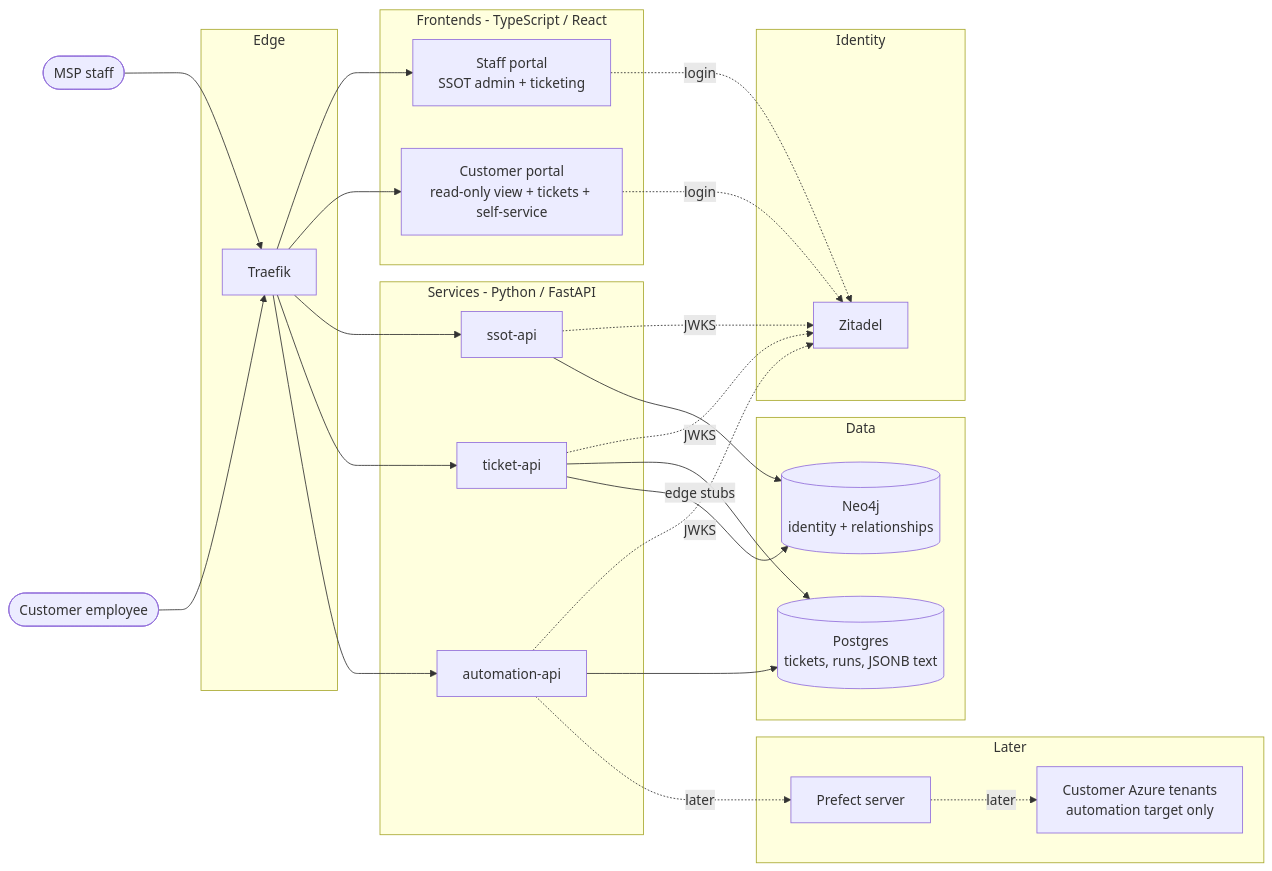
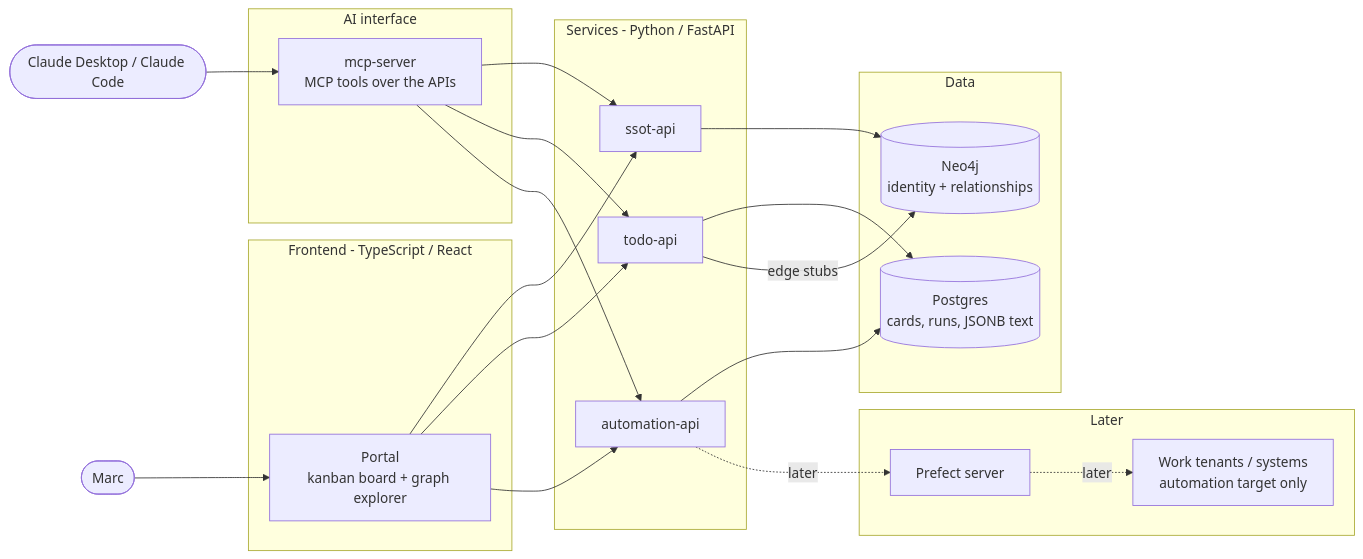
One commit to MarcHoog/Yani changed the first of 3 diagrams in docs/architecture.md. Above: the diagram before and after it, drawn with Mermaid. The commit also changed other lines of this file and 4 other files, not shown here.

First line of the commit message:
docs: repivot yani to personal automation / todo kanban worker

````diff
--- a/docs/architecture.md
+++ b/docs/architecture.md
@@ -10,55 +21,46 @@
 ```mermaid
 flowchart LR
-    staff([MSP staff])
-    customer([Customer employee])
+    marc([Marc])
+    claude([Claude Desktop / Claude Code])
 
-    subgraph edge [Edge]
-        traefik[Traefik]
+    subgraph ui [Frontend - TypeScript / React]
+        portal[Portal<br/>kanban board + graph explorer]
     end
 
-    subgraph identity [Identity]
-        zitadel[Zitadel]
-    end
-
-    subgraph ui [Frontends - TypeScript / React]
-        staffPortal[Staff portal<br/>SSOT admin + ticketing]
-        customerPortal[Customer portal<br/>read-only view + tickets + self-service]
+    subgraph ai [AI interface]
+        mcp[mcp-server<br/>MCP tools over the APIs]
     end
 
     subgraph api [Services - Python / FastAPI]
         ssotApi[ssot-api]
-        ticketApi[ticket-api]
+        todoApi[todo-api]
         automationApi[automation-api]
     end
 
     subgraph data [Data]
         neo4j[(Neo4j<br/>identity + relationships)]
-        postgres[(Postgres<br/>tickets, runs, JSONB text)]
+        postgres[(Postgres<br/>cards, runs, JSONB text)]
     end
 
     subgraph later [Later]
         prefect[Prefect server]
-        azure[Customer Azure tenants<br/>automation target only]
+        azure[Work tenants / systems<br/>automation target only]
     end
 
-    staff --> traefik
-    customer --> traefik
-    traefik --> staffPortal
-    traefik --> customerPortal
-    traefik --> ssotApi
-    traefik --> ticketApi
-    traefik --> automationApi
+    marc --> portal
+    claude --> mcp
+    mcp --> ssotApi
+    mcp --> todoApi
+    mcp --> automationApi
 
-    staffPortal -. login .-> zitadel
-    customerPortal -. login .-> zitadel
-    ssotApi -. JWKS .-> zitadel
-    ticketApi -. JWKS .-> zitadel
-    automationApi -. JWKS .-> zitadel
+    portal --> ssotApi
+    portal --> todoApi
+    portal --> automationApi
 
     ssotApi --> neo4j
-    ticketApi --> postgres
+    todoApi --> postgres
     automationApi --> postgres
-    ticketApi -- edge stubs --> neo4j
+    todoApi -- edge stubs --> neo4j
     automationApi -. later .-> prefect
     prefect -. later .-> azure
 ```
````
